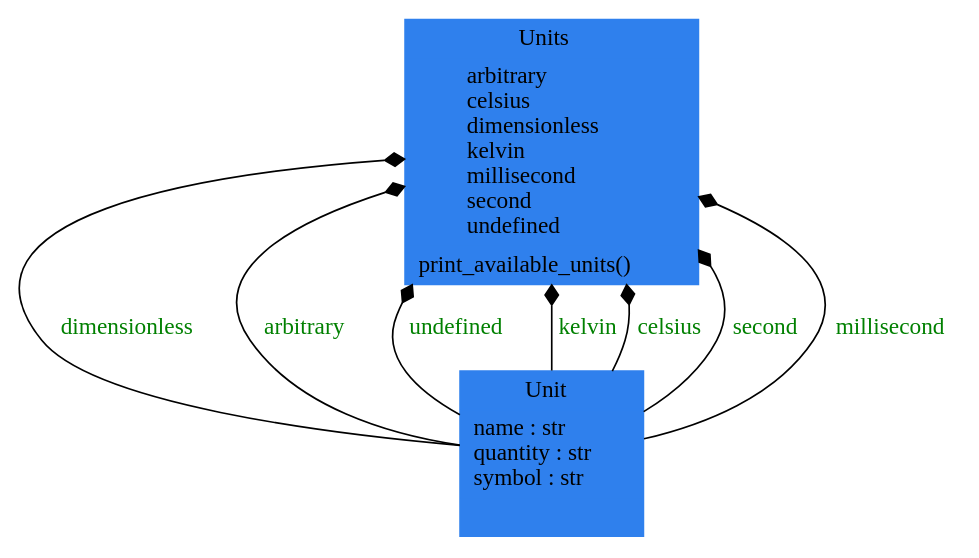
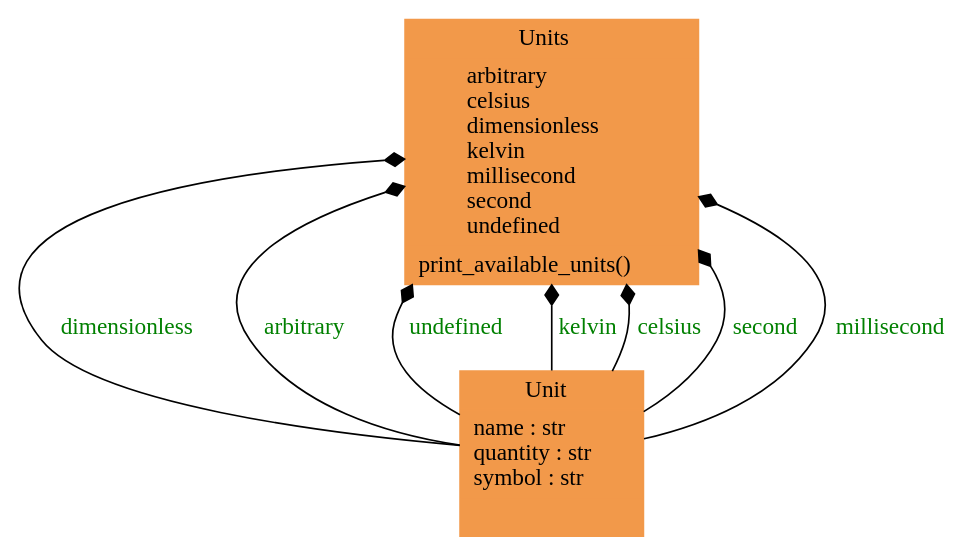
The diagram in docs/pyreverse/classes_pythermondt.data.units.gv (voidsy-gmbh/pyThermoNDT), drawn with Graphviz before and after one commit. The commit also changed 25 other files, not shown here.

Commit message:
Update pyreverse diagrams

```diff
--- a/docs/pyreverse/classes_pythermondt.data.units.gv
+++ b/docs/pyreverse/classes_pythermondt.data.units.gv
@@ -1,13 +1,13 @@
 digraph "classes_pythermondt.data.units" {
 rankdir=BT
 charset="utf-8"
-"pythermondt.data.units._unit.Unit" [color="#2F80ED", fontcolor="black", label=<{Unit|name : str<br ALIGN="LEFT"/>quantity : str<br ALIGN="LEFT"/>symbol : str<br ALIGN="LEFT"/>|}>, shape="record", style="filled"];
-"pythermondt.data.units.units.Units" [color="#2F80ED", fontcolor="black", label=<{Units|arbitrary<br ALIGN="LEFT"/>celsius<br ALIGN="LEFT"/>dimensionless<br ALIGN="LEFT"/>kelvin<br ALIGN="LEFT"/>millisecond<br ALIGN="LEFT"/>second<br ALIGN="LEFT"/>undefined<br ALIGN="LEFT"/>|print_available_units()<br ALIGN="LEFT"/>}>, shape="record", style="filled"];
+"pythermondt.data.units._unit.Unit" [color="#F2994A", fontcolor="black", label=<{Unit|name : str<br ALIGN="LEFT"/>quantity : str<br ALIGN="LEFT"/>symbol : str<br ALIGN="LEFT"/>|}>, shape="record", style="filled"];
+"pythermondt.data.units.units.Units" [color="#F2994A", fontcolor="black", label=<{Units|arbitrary<br ALIGN="LEFT"/>celsius<br ALIGN="LEFT"/>dimensionless<br ALIGN="LEFT"/>kelvin<br ALIGN="LEFT"/>millisecond<br ALIGN="LEFT"/>second<br ALIGN="LEFT"/>undefined<br ALIGN="LEFT"/>|print_available_units()<br ALIGN="LEFT"/>}>, shape="record", style="filled"];
 "pythermondt.data.units._unit.Unit" -> "pythermondt.data.units.units.Units" [arrowhead="diamond", arrowtail="none", fontcolor="green", label="dimensionless", style="solid"];
 "pythermondt.data.units._unit.Unit" -> "pythermondt.data.units.units.Units" [arrowhead="diamond", arrowtail="none", fontcolor="green", label="arbitrary", style="solid"];
 "pythermondt.data.units._unit.Unit" -> "pythermondt.data.units.units.Units" [arrowhead="diamond", arrowtail="none", fontcolor="green", label="undefined", style="solid"];
 "pythermondt.data.units._unit.Unit" -> "pythermondt.data.units.units.Units" [arrowhead="diamond", arrowtail="none", fontcolor="green", label="kelvin", style="solid"];
 "pythermondt.data.units._unit.Unit" -> "pythermondt.data.units.units.Units" [arrowhead="diamond", arrowtail="none", fontcolor="green", label="celsius", style="solid"];
 "pythermondt.data.units._unit.Unit" -> "pythermondt.data.units.units.Units" [arrowhead="diamond", arrowtail="none", fontcolor="green", label="second", style="solid"];
 "pythermondt.data.units._unit.Unit" -> "pythermondt.data.units.units.Units" [arrowhead="diamond", arrowtail="none", fontcolor="green", label="millisecond", style="solid"];
 }
```
